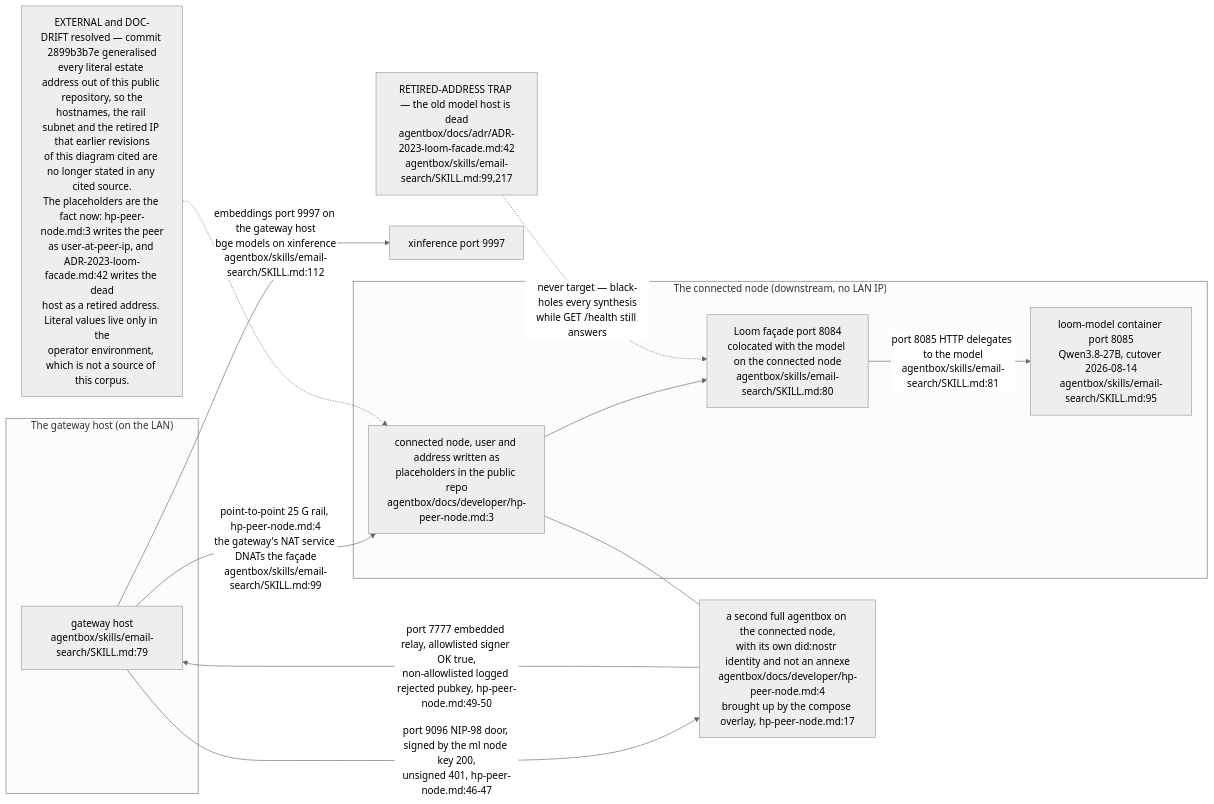
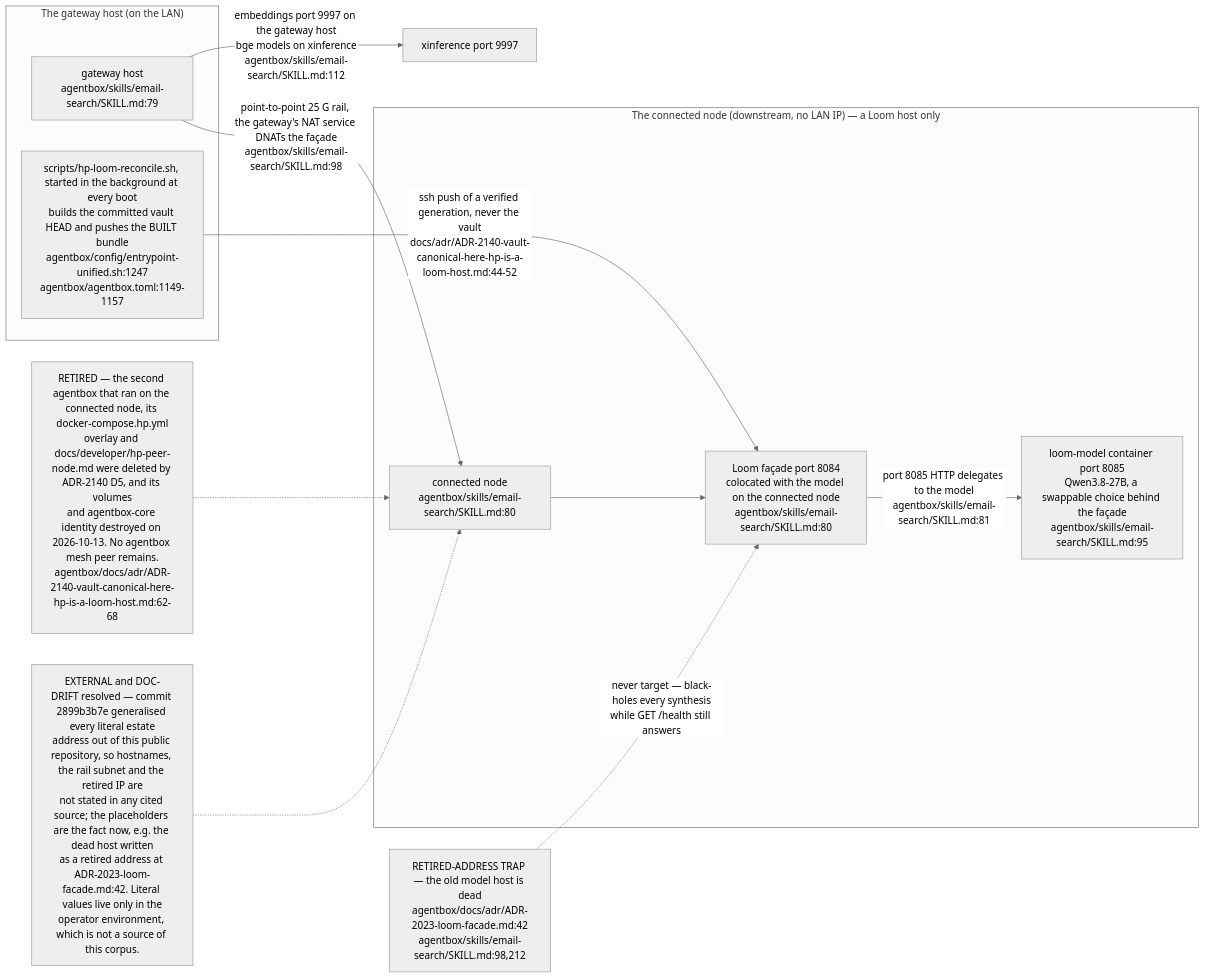
One commit to DreamLab-AI/VisionFlow changed the second of 8 diagrams in docs/diagrams/estate/01-estate-topology.md. Above: the diagram before and after it, drawn with Mermaid (neutral theme). The commit also changed other lines of this file and 160 other files, not shown here.

````diff
--- a/docs/diagrams/estate/01-estate-topology.md
+++ b/docs/diagrams/estate/01-estate-topology.md
@@ -93,26 +100,26 @@
 ```mermaid
 flowchart LR
     subgraph ML["The gateway host (on the LAN)"]
         MLHOST["gateway host<br/>agentbox/skills/email-search/SKILL.md:79"]
+        RECON["scripts/hp-loom-reconcile.sh, started in the background at every boot<br/>builds the committed vault HEAD and pushes the BUILT bundle<br/>agentbox/config/entrypoint-unified.sh:1247<br/>agentbox/agentbox.toml:1149-1157"]
     end
-    subgraph HP["The connected node (downstream, no LAN IP)"]
-        HPHOST["connected node, user and address written as<br/>placeholders in the public repo<br/>agentbox/docs/developer/hp-peer-node.md:3"]
+    subgraph HP["The connected node (downstream, no LAN IP) — a Loom host only"]
+        HPHOST["connected node<br/>agentbox/skills/email-search/SKILL.md:80"]
         LOOMFACADE["Loom façade port 8084<br/>colocated with the model on the connected node<br/>agentbox/skills/email-search/SKILL.md:80"]
-        LOOMMODEL["loom-model container port 8085<br/>Qwen3.8-27B, cutover 2026-08-14<br/>agentbox/skills/email-search/SKILL.md:95"]
+        LOOMMODEL["loom-model container port 8085<br/>Qwen3.8-27B, a swappable choice behind the façade<br/>agentbox/skills/email-search/SKILL.md:95"]
     end
-    MLHOST -->|"point-to-point 25 G rail, hp-peer-node.md:4<br/>the gateway's NAT service DNATs the façade<br/>agentbox/skills/email-search/SKILL.md:99"| HPHOST
+    MLHOST -->|"point-to-point 25 G rail, the gateway's NAT service DNATs the façade<br/>agentbox/skills/email-search/SKILL.md:98"| HPHOST
     HPHOST --> LOOMFACADE
     LOOMFACADE -->|"port 8085 HTTP delegates to the model<br/>agentbox/skills/email-search/SKILL.md:81"| LOOMMODEL
     MLHOST -->|"embeddings port 9997 on the gateway host<br/>bge models on xinference<br/>agentbox/skills/email-search/SKILL.md:112"| XINF["xinference port 9997"]
+    RECON -->|"ssh push of a verified generation, never the vault<br/>docs/adr/ADR-2140-vault-canonical-here-hp-is-a-loom-host.md:44-52"| LOOMFACADE
 
-    DEAD["RETIRED-ADDRESS TRAP — the old model host is dead<br/>agentbox/docs/adr/ADR-2023-loom-facade.md:42<br/>agentbox/skills/email-search/SKILL.md:99,217"]
+    DEAD["RETIRED-ADDRESS TRAP — the old model host is dead<br/>agentbox/docs/adr/ADR-2023-loom-facade.md:42<br/>agentbox/skills/email-search/SKILL.md:98,212"]
     DEAD -.->|"never target — black-holes every synthesis<br/>while GET /health still answers"| LOOMFACADE
 
-    MESHNODE["a second full agentbox on the connected node,<br/>with its own did:nostr identity and not an annexe<br/>agentbox/docs/developer/hp-peer-node.md:4<br/>brought up by the compose overlay, hp-peer-node.md:17"]
-    HPHOST --- MESHNODE
-    MLHOST -->|"port 9096 NIP-98 door, signed by the ml node key 200,<br/>unsigned 401, hp-peer-node.md:46-47"| MESHNODE
-    MESHNODE -->|"port 7777 embedded relay, allowlisted signer OK true,<br/>non-allowlisted logged rejected pubkey, hp-peer-node.md:49-50"| MLHOST
+    GONE["RETIRED — the second agentbox that ran on the connected node, its docker-compose.hp.yml<br/>overlay and docs/developer/hp-peer-node.md were deleted by ADR-2140 D5, and its volumes<br/>and agentbox-core identity destroyed on 2026-10-13. No agentbox mesh peer remains.<br/>agentbox/docs/adr/ADR-2140-vault-canonical-here-hp-is-a-loom-host.md:62-68"]
+    GONE -.-> HPHOST
 
-    GEN["EXTERNAL and DOC-DRIFT resolved — commit 2899b3b7e generalised<br/>every literal estate address out of this public repository, so the<br/>hostnames, the rail subnet and the retired IP that earlier revisions<br/>of this diagram cited are no longer stated in any cited source.<br/>The placeholders are the fact now: hp-peer-node.md:3 writes the peer<br/>as user-at-peer-ip, and ADR-2023-loom-facade.md:42 writes the dead<br/>host as a retired address. Literal values live only in the<br/>operator environment, which is not a source of this corpus."]
+    GEN["EXTERNAL and DOC-DRIFT resolved — commit 2899b3b7e generalised every literal estate<br/>address out of this public repository, so hostnames, the rail subnet and the retired IP are<br/>not stated in any cited source; the placeholders are the fact now, e.g. the dead host written<br/>as a retired address at ADR-2023-loom-facade.md:42. Literal values live only in the<br/>operator environment, which is not a source of this corpus."]
     GEN -.-> HPHOST
 ```
````
